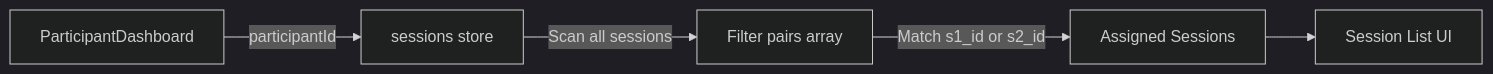
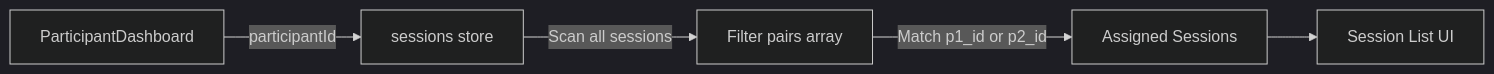
Before and after one commit to Open-Science-Blockchain-Economics/bx-hive: the seventh of 11 diagrams in docs/reference-docs/data-architecture.md, drawn with Mermaid (dark theme). The commit also changed other lines of this file and 2 other files, not shown here.

````diff
--- a/docs/reference-docs/data-architecture.md
+++ b/docs/reference-docs/data-architecture.md
@@ -461,7 +461,7 @@
 ```mermaid
 graph LR
     A[ParticipantDashboard] -->|participantId| B[sessions store]
     B -->|Scan all sessions| C[Filter pairs array]
-    C -->|Match s1_id or s2_id| D[Assigned Sessions]
+    C -->|Match p1_id or p2_id| D[Assigned Sessions]
     D --> E[Session List UI]
 ```
````
